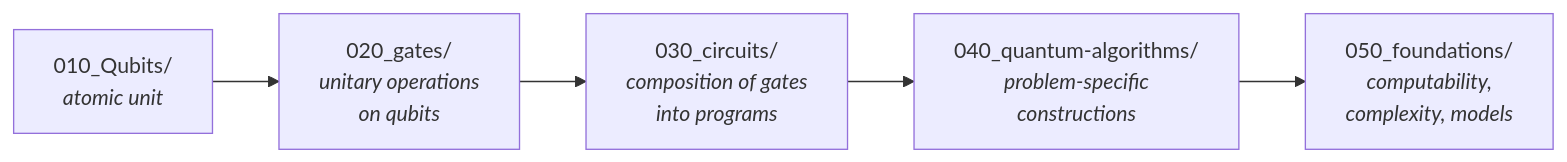
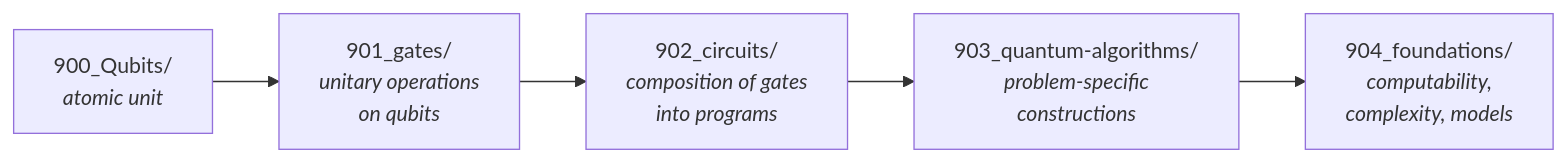
One commit to AmedeoPelliccia/Qplus-For-All-Queer-People-and-Quantum changed the diagram in Q+ATLANTIDE/900-999_QCSAA/900-909_Fundamentos-de-Computacion-Cuantica/00_INDEX.md. Above: the diagram before and after it, drawn with Mermaid. The commit also changed other lines of this file and 18 other files, not shown here.

````diff
--- a/Q+ATLANTIDE/900-999_QCSAA/900-909_Fundamentos-de-Computacion-Cuantica/00_INDEX.md
+++ b/Q+ATLANTIDE/900-999_QCSAA/900-909_Fundamentos-de-Computacion-Cuantica/00_INDEX.md
@@ -35,7 +35,7 @@
 ```mermaid
 flowchart LR
-    A["010_Qubits/<br/><i>atomic unit</i>"] --> B["020_gates/<br/><i>unitary operations<br/>on qubits</i>"]
-    B --> C["030_circuits/<br/><i>composition of gates<br/>into programs</i>"]
-    C --> D["040_quantum-algorithms/<br/><i>problem-specific<br/>constructions</i>"]
-    D --> E["050_foundations/<br/><i>computability,<br/>complexity, models</i>"]
+    A["900_Qubits/<br/><i>atomic unit</i>"] --> B["901_gates/<br/><i>unitary operations<br/>on qubits</i>"]
+    B --> C["902_circuits/<br/><i>composition of gates<br/>into programs</i>"]
+    C --> D["903_quantum-algorithms/<br/><i>problem-specific<br/>constructions</i>"]
+    D --> E["904_foundations/<br/><i>computability,<br/>complexity, models</i>"]
 ```
````
